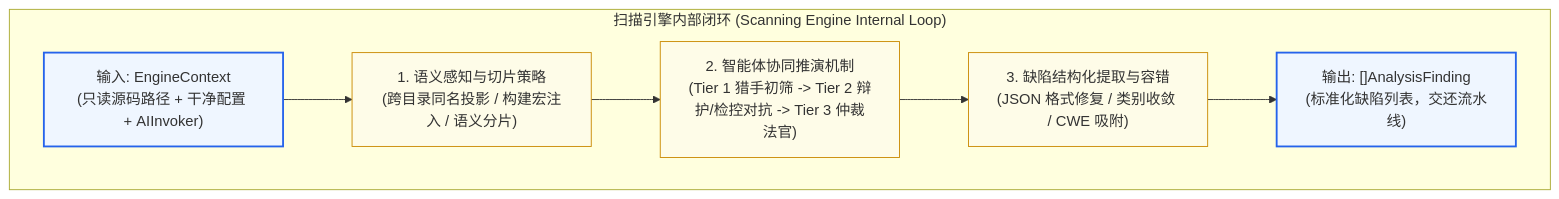
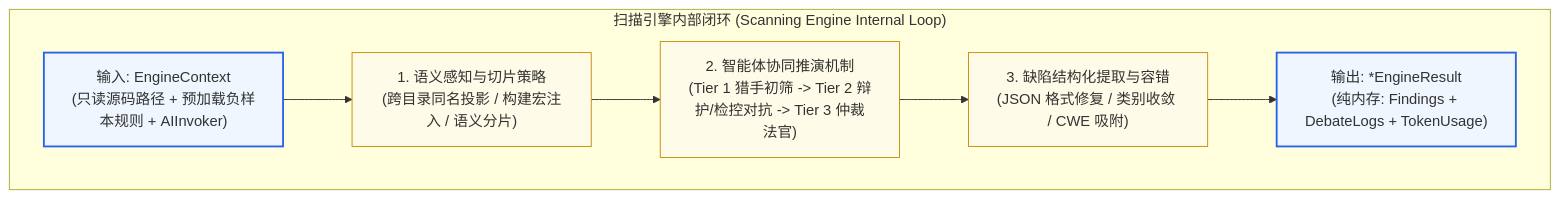
The first of 3 diagrams in docs/services-modular-architecture/04-扫描引擎与执行流水线职责边界与协同模型深度设计.md (fugui/code-shield), drawn with Mermaid before and after one commit. The commit also changed other lines of this file and 4 other files, not shown here.

````diff
--- a/docs/services-modular-architecture/04-扫描引擎与执行流水线职责边界与协同模型深度设计.md
+++ b/docs/services-modular-architecture/04-扫描引擎与执行流水线职责边界与协同模型深度设计.md
@@ -45,15 +45,15 @@
 ```mermaid
 graph TD
     classDef engineBox fill:#eff6ff,stroke:#2563eb,stroke-width:2px;
     classDef subBox fill:#fefce8,stroke:#ca8a04,stroke-width:1px;
 
     subgraph ScanningEngine["扫描引擎内部闭环 (Scanning Engine Internal Loop)"]
-        A["输入: EngineContext<br/>(只读源码路径 + 干净配置 + AIInvoker)"]:::engineBox
+        A["输入: EngineContext<br/>(只读源码路径 + 预加载负样本规则 + AIInvoker)"]:::engineBox
         B["1. 语义感知与切片策略<br/>(跨目录同名投影 / 构建宏注入 / 语义分片)"]:::subBox
         C["2. 智能体协同推演机制<br/>(Tier 1 猎手初筛 -> Tier 2 辩护/检控对抗 -> Tier 3 仲裁法官)"]:::subBox
         D["3. 缺陷结构化提取与容错<br/>(JSON 格式修复 / 类别收敛 / CWE 吸附)"]:::subBox
-        E["输出: []AnalysisFinding<br/>(标准化缺陷列表，交还流水线)"]:::engineBox
+        E["输出: *EngineResult<br/>(纯内存: Findings + DebateLogs + TokenUsage)"]:::engineBox
 
         A --> B --> C --> D --> E
     end
 ```
````
